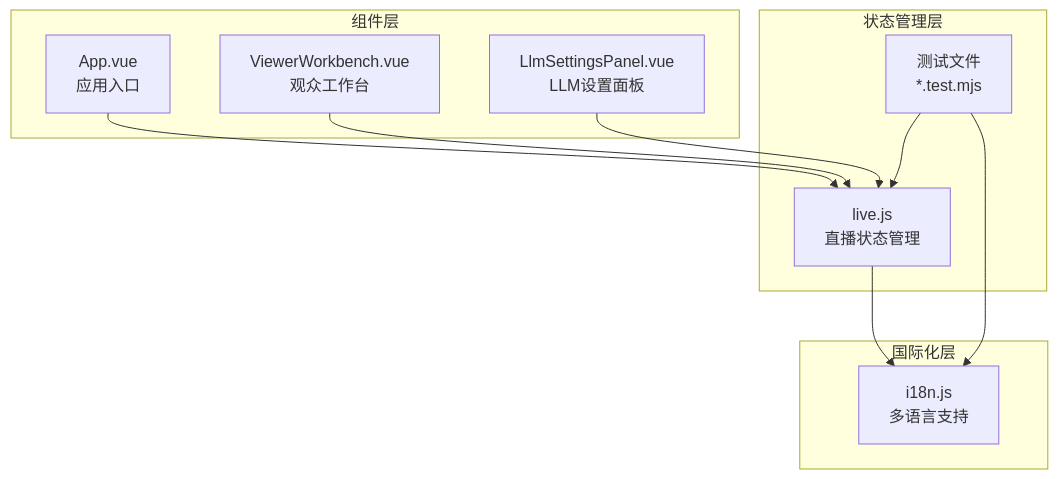
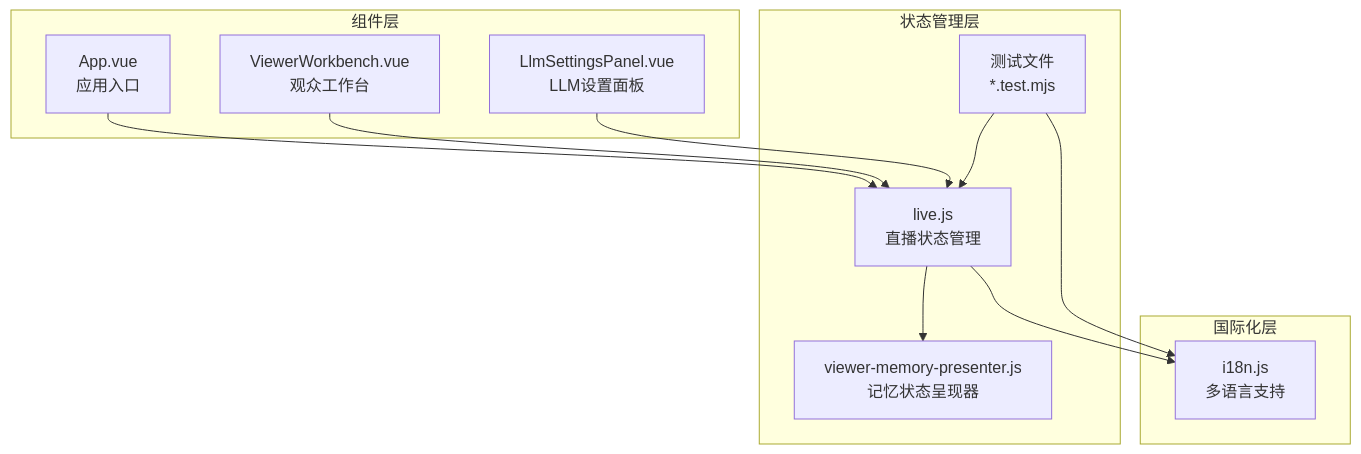
Before and after one commit to Moon-Force/DouYin_llm: the first of 22 diagrams in .qoder/repowiki/zh/content/前端应用/状态管理 (Pinia).md, drawn with Mermaid. The commit also changed other lines of this file and 17 other files, not shown here.

````diff
--- a/.qoder/repowiki/zh/content/前端应用/状态管理 (Pinia).md
+++ b/.qoder/repowiki/zh/content/前端应用/状态管理 (Pinia).md
@@ -43,21 +53,23 @@
 ```mermaid
 graph TB
 subgraph "状态管理层"
 LiveStore[live.js<br/>直播状态管理]
 Tests[测试文件<br/>*.test.mjs]
+Presenter[viewer-memory-presenter.js<br/>记忆状态呈现器]
 end
 subgraph "国际化层"
 I18n[i18n.js<br/>多语言支持]
 end
 subgraph "组件层"
 App[App.vue<br/>应用入口]
 ViewerWorkbench[ViewerWorkbench.vue<br/>观众工作台]
 LlmSettings[LlmSettingsPanel.vue<br/>LLM设置面板]
 end
 LiveStore --> I18n
+LiveStore --> Presenter
 App --> LiveStore
 ViewerWorkbench --> LiveStore
 LlmSettings --> LiveStore
 Tests --> LiveStore
 Tests --> I18n
 ```
````
